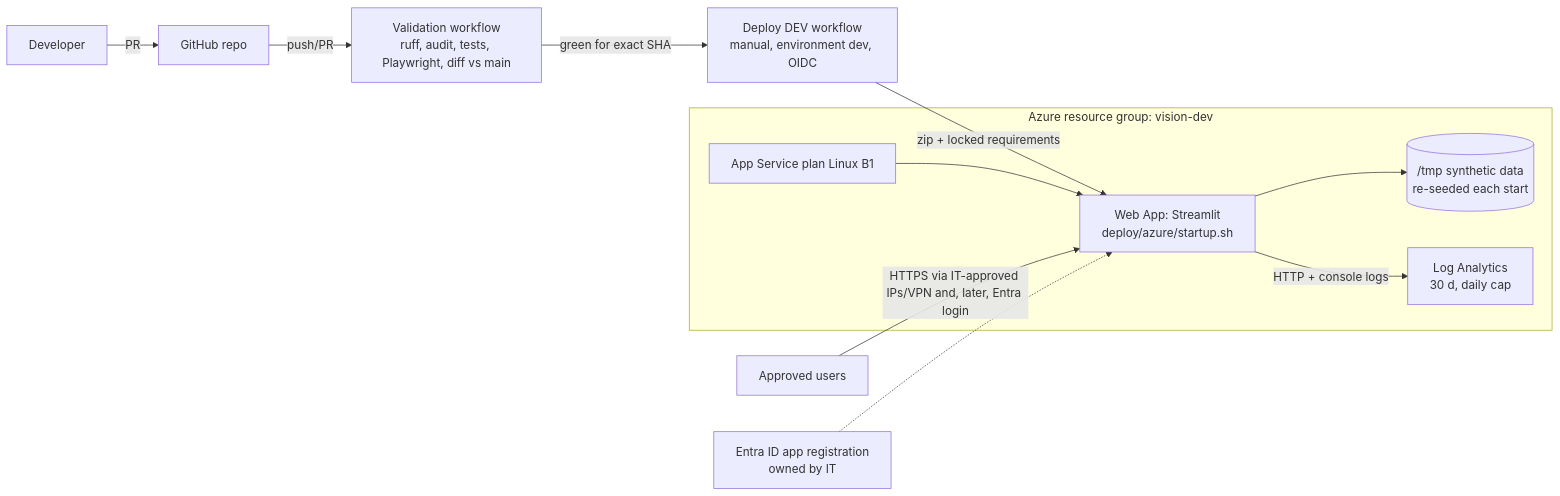
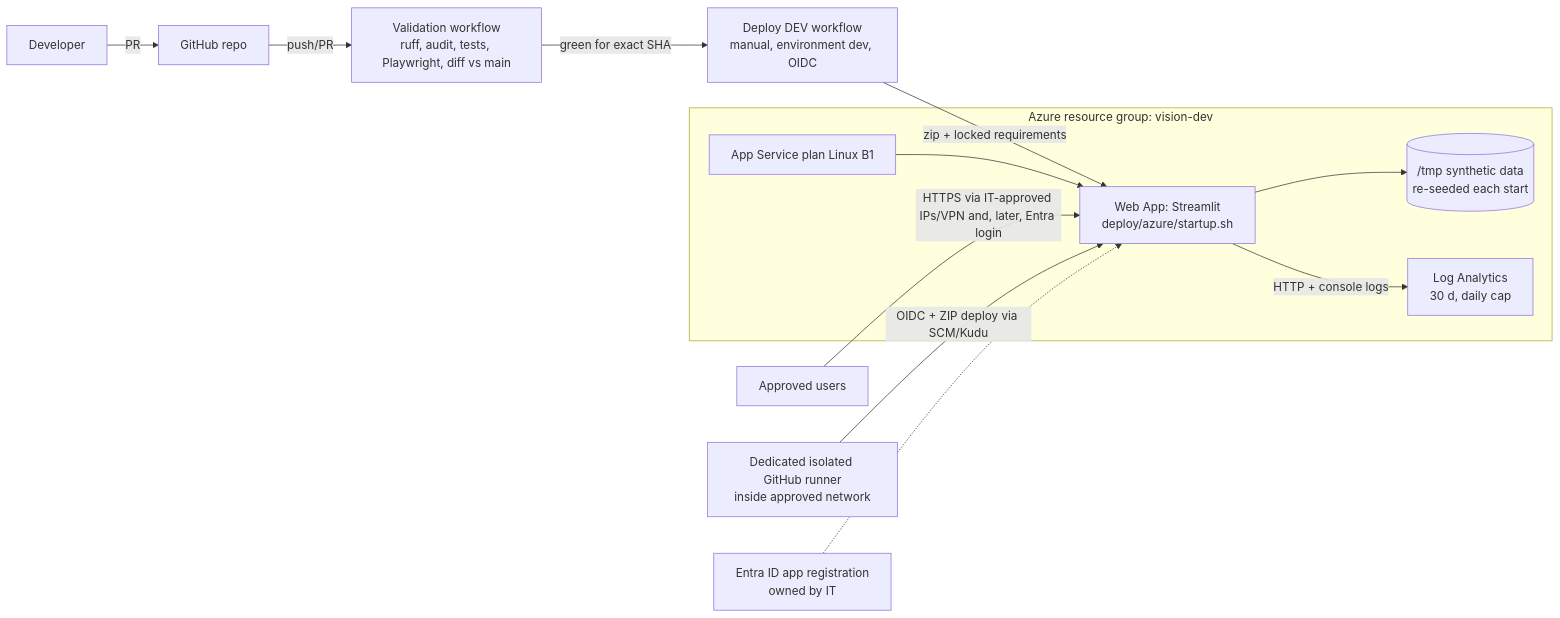
One commit to MarianoStill/VISION changed the diagram in docs/azure_dev_deployment.md. Above: the diagram before and after it, drawn with Mermaid. The commit also changed other lines of this file, not shown here.

Commit message:
Document SCM allowlist and private deployment runner

````diff
--- a/docs/azure_dev_deployment.md
+++ b/docs/azure_dev_deployment.md
@@ -10,14 +10,15 @@
 ```mermaid
 flowchart LR
   dev[Developer] -->|PR| gh[GitHub repo]
   gh -->|push/PR| val[Validation workflow<br/>ruff, audit, tests, Playwright, diff vs main]
   val -->|green for exact SHA| dep[Deploy DEV workflow<br/>manual, environment dev, OIDC]
   dep -->|zip + locked requirements| app
   subgraph rg[Azure resource group: vision-dev]
     plan[App Service plan Linux B1] --> app[Web App: Streamlit<br/>deploy/azure/startup.sh]
     app --> tmp[(/tmp synthetic data<br/>re-seeded each start)]
     app -->|HTTP + console logs| law[Log Analytics<br/>30 d, daily cap]
   end
   user[Approved users] -->|HTTPS via IT-approved IPs/VPN and, later, Entra login| app
+  runner[Dedicated isolated GitHub runner<br/>inside approved network] -->|OIDC + ZIP deploy via SCM/Kudu| app
   entra[Entra ID app registration<br/>owned by IT] -.-> app
 ```
````
